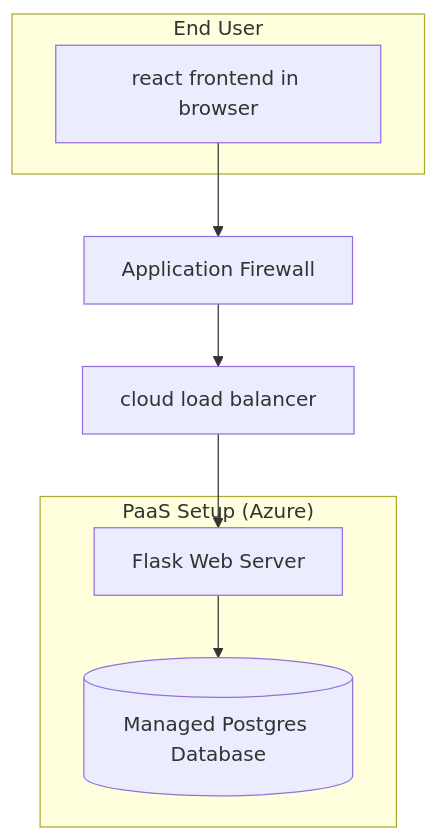
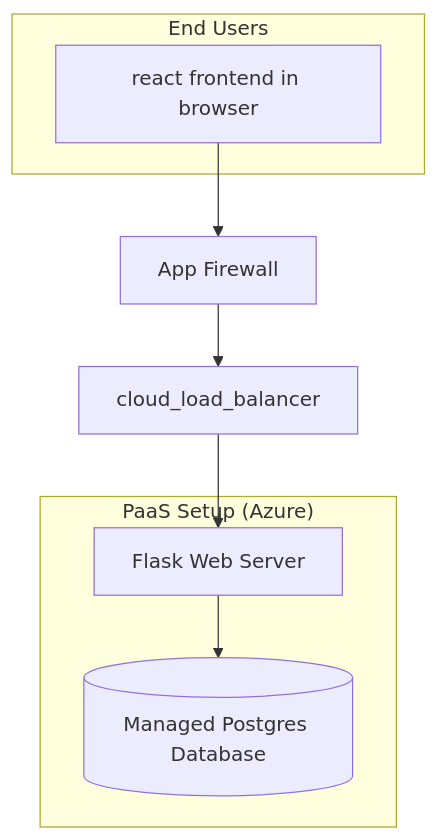
One commit to Sighopss/Algonquin-Code-Base changed the first of 3 diagrams in lab2.md. Above: the diagram before and after it, drawn with Mermaid. The commit also changed other lines of this file, not shown here.

````diff
--- a/lab2.md
+++ b/lab2.md
@@ -2,17 +2,17 @@
 ```mermaid
 graph TB
-    subgraph User["End User"]
+    subgraph User["End Users"]
         UI[react frontend in browser]
     end
 
-    Firewall[Application Firewall]
-    LoadBalancer[cloud load balancer]
+    Firewall[App Firewall]
+    LoadBalancer[cloud_load_balancer]
 
     subgraph PaaS["PaaS Setup (Azure)"]
         AppServer[Flask Web Server]
         Database[(Managed Postgres Database)]
     end
 
     UI --> Firewall --> LoadBalancer --> AppServer
     AppServer --> Database
 ```
````
